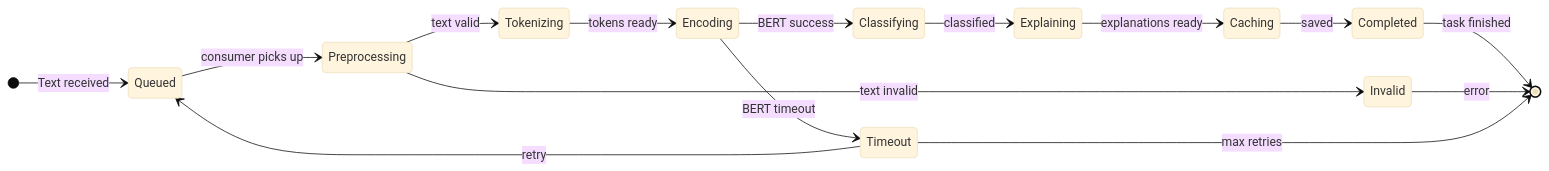
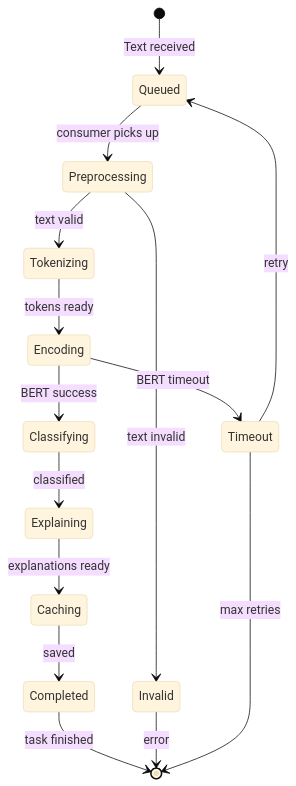
Before and after one commit to Edisheri/system-engineering-playbook: the fifth of 6 diagrams in src/architecture/uml/text-analysis.md, drawn with Mermaid (base theme). The commit also changed other lines of this file and 1 other file, not shown here.

Commit message:
Fix UML diagrams: restore vertical direction for Activity and State diagrams, make them wider and shorter

````diff
--- a/src/architecture/uml/text-analysis.md
+++ b/src/architecture/uml/text-analysis.md
@@ -344,20 +345,20 @@
 ```mermaid
 stateDiagram-v2
-    direction LR
+    direction TB
     
     [*] --> Queued : Text received
     Queued --> Preprocessing : consumer picks up
     Preprocessing --> Tokenizing : text valid
     Preprocessing --> Invalid : text invalid
     Tokenizing --> Encoding : tokens ready
     Encoding --> Classifying : BERT success
     Encoding --> Timeout : BERT timeout
     Classifying --> Explaining : classified
     Explaining --> Caching : explanations ready
     Caching --> Completed : saved
     Completed --> [*] : task finished
     
     Invalid --> [*] : error
     Timeout --> Queued : retry
     Timeout --> [*] : max retries
 ```
````
